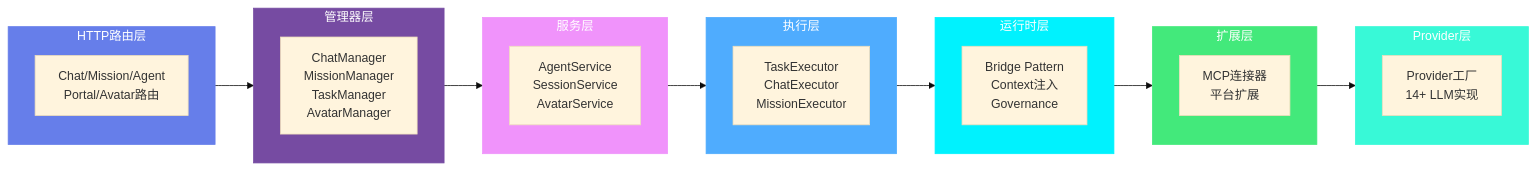
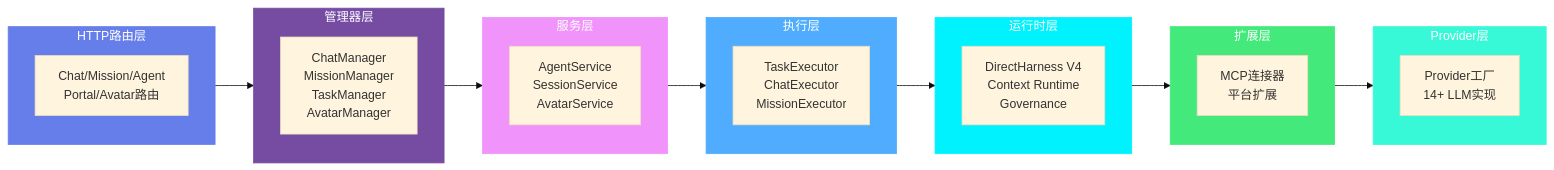
The second of 8 diagrams in docs/ARCHITECTURE.md (jsjm1986/AGIME), drawn with Mermaid (base theme) before and after one commit. The commit also changed other lines of this file and 10 other files, not shown here.

Commit message:
Prune unused Harness V4 bridge shims

````diff
--- a/docs/ARCHITECTURE.md
+++ b/docs/ARCHITECTURE.md
@@ -28,40 +28,40 @@
 ```mermaid
 graph LR
     subgraph Layer1["HTTP路由层"]
         Routes["Chat/Mission/Agent<br/>Portal/Avatar路由"]
     end
 
     subgraph Layer2["管理器层"]
         Managers["ChatManager<br/>MissionManager<br/>TaskManager<br/>AvatarManager"]
     end
 
     subgraph Layer3["服务层"]
         Services["AgentService<br/>SessionService<br/>AvatarService"]
     end
 
     subgraph Layer4["执行层"]
         Executors["TaskExecutor<br/>ChatExecutor<br/>MissionExecutor"]
     end
 
     subgraph Layer5["运行时层"]
-        Runtime["Bridge Pattern<br/>Context注入<br/>Governance"]
+        Runtime["DirectHarness V4<br/>Context Runtime<br/>Governance"]
     end
 
     subgraph Layer6["扩展层"]
         Extensions["MCP连接器<br/>平台扩展"]
     end
 
     subgraph Layer7["Provider层"]
         Providers["Provider工厂<br/>14+ LLM实现"]
     end
 
     Layer1 --> Layer2 --> Layer3 --> Layer4 --> Layer5 --> Layer6 --> Layer7
 
     style Layer1 fill:#667eea,stroke:#667eea,color:#ffffff
     style Layer2 fill:#764ba2,stroke:#764ba2,color:#ffffff
     style Layer3 fill:#f093fb,stroke:#f093fb,color:#ffffff
     style Layer4 fill:#4facfe,stroke:#4facfe,color:#ffffff
     style Layer5 fill:#00f2fe,stroke:#00f2fe,color:#ffffff
     style Layer6 fill:#43e97b,stroke:#43e97b,color:#ffffff
     style Layer7 fill:#38f9d7,stroke:#38f9d7,color:#ffffff
 ```
````
